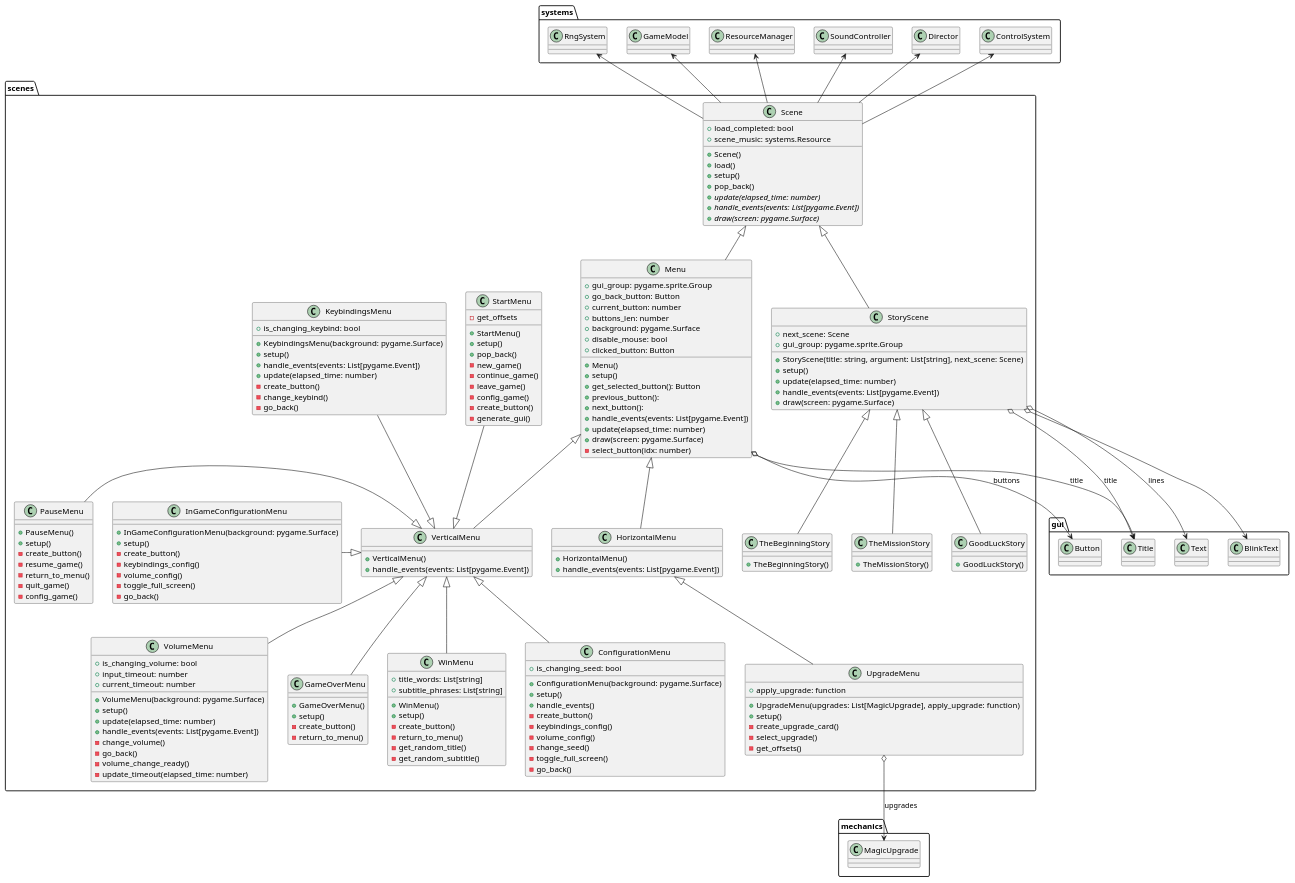
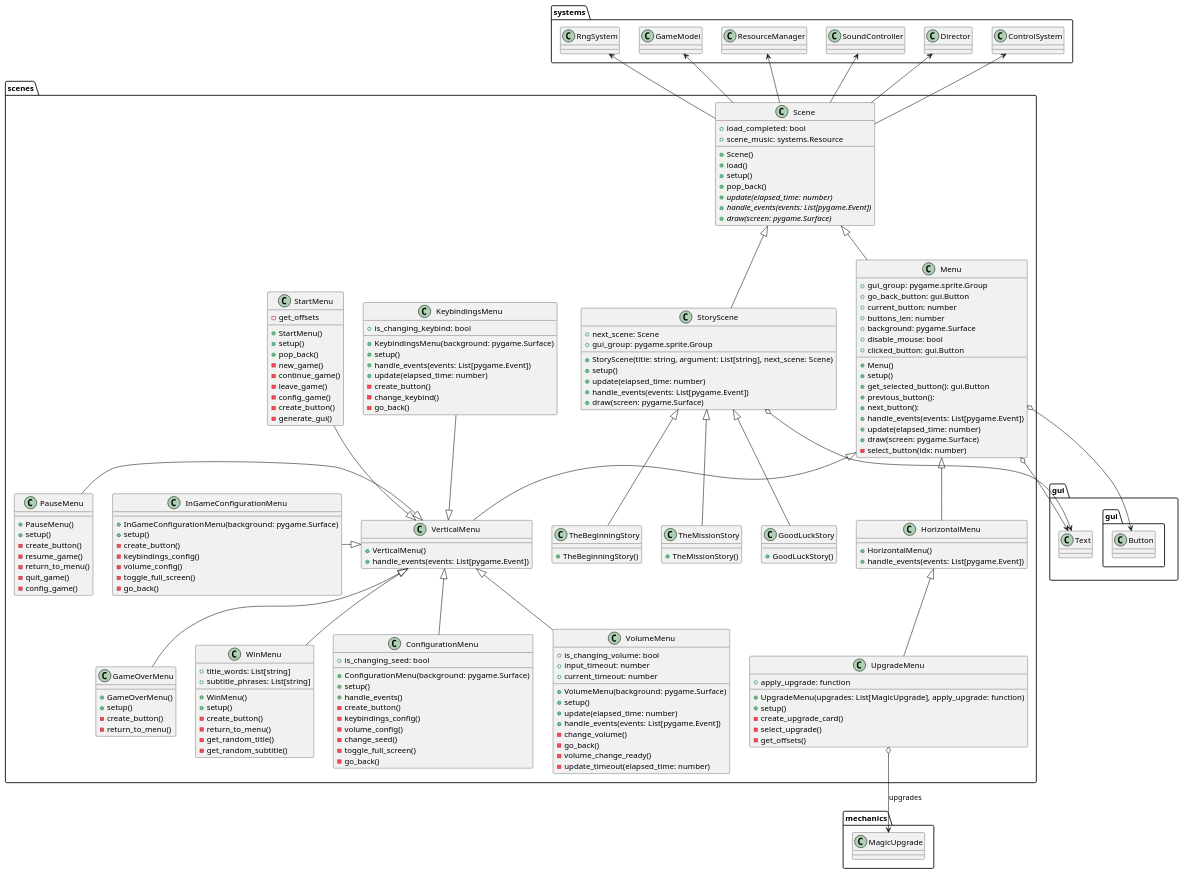
Before and after one commit to daavidrgz/galactic-gambit: the diagram in docs/diagrams/menus.pu, drawn with PlantUML. The commit also changed 6 other files, not shown here.

```diff
--- a/docs/diagrams/menus.pu
+++ b/docs/diagrams/menus.pu
@@ -1,197 +1,194 @@
 @startuml menus
 
 class scenes.Scene {
 	+ load_completed: bool
 	+ scene_music: systems.Resource
 
 	+ Scene()
 	+ load()
 	+ setup()
 	+ pop_back()
 	{abstract} + update(elapsed_time: number)
 	{abstract} + handle_events(events: List[pygame.Event])
 	{abstract} + draw(screen: pygame.Surface)
 }
 
 class scenes.Menu extends scenes.Scene {
 	+ gui_group: pygame.sprite.Group
-	+ go_back_button: Button
+	+ go_back_button: gui.Button
 	+ current_button: number
 	+ buttons_len: number
 	+ background: pygame.Surface
 	+ disable_mouse: bool
-	+ clicked_button: Button
+	+ clicked_button: gui.Button
 
 	+ Menu()
 	+ setup()
-	+ get_selected_button(): Button
+	+ get_selected_button(): gui.Button
 	+ previous_button():
 	+ next_button():
 	+ handle_events(events: List[pygame.Event])
 	+ update(elapsed_time: number)
 	+ draw(screen: pygame.Surface)
 	- select_button(idx: number)
 }
 
 class scenes.VerticalMenu extends scenes.Menu {
 	+ VerticalMenu()
 	+ handle_events(events: List[pygame.Event])
 }
 
 class scenes.HorizontalMenu extends scenes.Menu {
 	+ HorizontalMenu()
 	+ handle_events(events: List[pygame.Event])
 }
 
 class scenes.StartMenu {
 	+ StartMenu()
 	+ setup()
 	+ pop_back()
 	- new_game()
 	- continue_game()
 	- leave_game()
 	- config_game()
 	- create_button()
 	- get_offsets
 	- generate_gui()
 }
 
 class scenes.ConfigurationMenu {
 	+ is_changing_seed: bool
 
 	+ ConfigurationMenu(background: pygame.Surface)
 	+ setup()
 	+ handle_events()
 	- create_button()
 	- keybindings_config()
 	- volume_config()
 	- change_seed()
 	- toggle_full_screen()
 	- go_back()
 }
 
 class scenes.VolumeMenu {
 	+ is_changing_volume: bool
 	+ input_timeout: number
 	+ current_timeout: number
 
 	+ VolumeMenu(background: pygame.Surface)
 	+ setup()
 	+ update(elapsed_time: number)
 	+ handle_events(events: List[pygame.Event])
 	- change_volume()
 	- go_back()
 	- volume_change_ready()
 	- update_timeout(elapsed_time: number)
 }
 
 class scenes.KeybindingsMenu {
 	+ is_changing_keybind: bool
 
 	+ KeybindingsMenu(background: pygame.Surface)
 	+ setup()
 	+ handle_events(events: List[pygame.Event])
 	+ update(elapsed_time: number)
 	- create_button()
 	- change_keybind()
 	- go_back()
 }
 
 class scenes.PauseMenu {
 	+ PauseMenu()
 	+ setup()
 	- create_button()
 	- resume_game()
 	- return_to_menu()
 	- quit_game()
 	- config_game()
 }
 
 class scenes.InGameConfigurationMenu {
 	+ InGameConfigurationMenu(background: pygame.Surface)
 	+ setup()
 	- create_button()
 	- keybindings_config()
 	- volume_config()
 	- toggle_full_screen()
 	- go_back()
 }
 
 class scenes.GameOverMenu {
 	+ GameOverMenu()
 	+ setup()
 	- create_button()
 	- return_to_menu()
 }
 
 class scenes.WinMenu {
 	+ title_words: List[string]
 	+ subtitle_phrases: List[string]
 	
 	+ WinMenu()
 	+ setup()
 	- create_button()
 	- return_to_menu()
 	- get_random_title()
 	- get_random_subtitle()
 }
 
 class scenes.UpgradeMenu extends scenes.HorizontalMenu {
 	+ apply_upgrade: function
 
 	+ UpgradeMenu(upgrades: List[MagicUpgrade], apply_upgrade: function)
 	+ setup()
 	- create_upgrade_card()
 	- select_upgrade()
 	- get_offsets()
 }
 
 class scenes.StoryScene extends scenes.Scene {
 	+ next_scene: Scene
 	+ gui_group: pygame.sprite.Group
 
 	+ StoryScene(title: string, argument: List[string], next_scene: Scene)
 	+ setup()
 	+ update(elapsed_time: number)
 	+ handle_events(events: List[pygame.Event])
 	+ draw(screen: pygame.Surface)
 }
 
 class scenes.TheBeginningStory extends scenes.StoryScene {
 	+ TheBeginningStory()
 }
 
 class scenes.TheMissionStory extends scenes.StoryScene {
 	+ TheMissionStory()
 }
 
 class scenes.GoodLuckStory extends scenes.StoryScene {
 	+ GoodLuckStory()
 }
 
 scenes.KeybindingsMenu -down-|> scenes.VerticalMenu
 scenes.StartMenu -down-|> scenes.VerticalMenu
 scenes.ConfigurationMenu -up-|> scenes.VerticalMenu
 scenes.VolumeMenu -up-|> scenes.VerticalMenu
 scenes.PauseMenu -right-|> scenes.VerticalMenu
 scenes.InGameConfigurationMenu -right-|> scenes.VerticalMenu
 scenes.GameOverMenu -up-|> scenes.VerticalMenu
 scenes.WinMenu -up-|> scenes.VerticalMenu
 
 scenes.Scene -up-> systems.ControlSystem
 scenes.Scene -up-> systems.Director
 scenes.Scene -up-> systems.SoundController
 scenes.Scene -up-> systems.ResourceManager
 scenes.Scene -up-> systems.GameModel
 scenes.Scene -up-> systems.RngSystem
 
-scenes.Menu o--> gui.Button : buttons
-scenes.Menu o--> gui.Title : title
-
-scenes.StoryScene o--> gui.Text : lines
-scenes.StoryScene o--> gui.BlinkText
-scenes.StoryScene o--> gui.Title : title
+scenes.Menu o--> gui.gui.Button
+scenes.StoryScene o--> gui.Text
+scenes.Menu o--> gui.Text
 
 scenes.UpgradeMenu o--> mechanics.MagicUpgrade : upgrades
 
 @enduml
```
